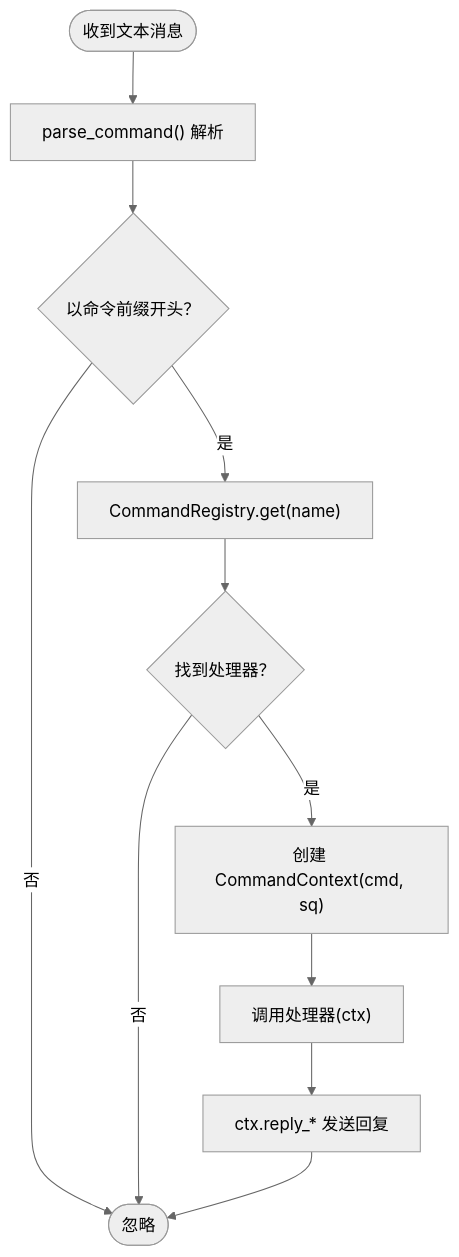
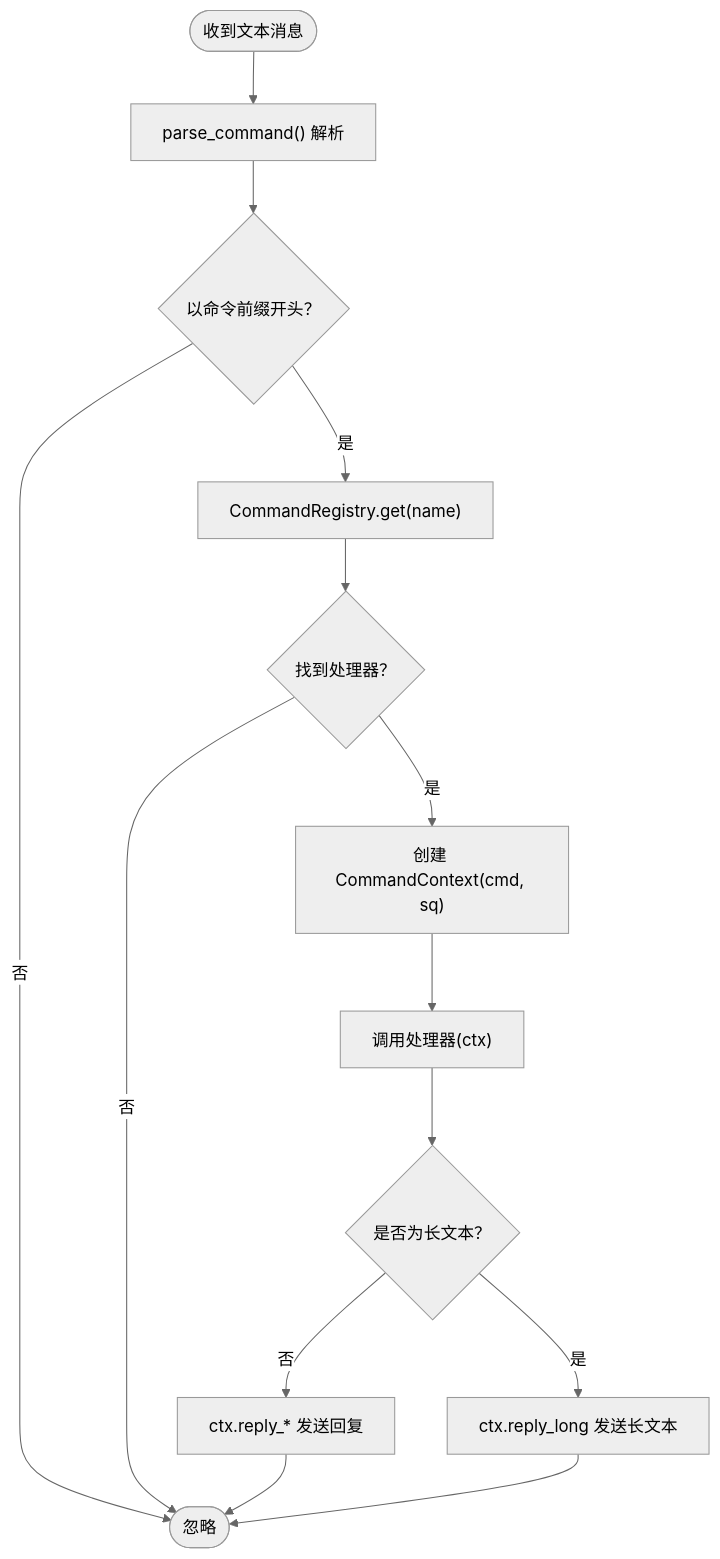
Before and after one commit to GhoulOwl/Teamspeak3_Bot: the fifth of 7 diagrams in .qoder/repowiki/zh/content/命令系统/命令上下文管理.md, drawn with Mermaid (neutral theme). The commit also changed other lines of this file and 7 other files, not shown here.

````diff
--- a/.qoder/repowiki/zh/content/命令系统/命令上下文管理.md
+++ b/.qoder/repowiki/zh/content/命令系统/命令上下文管理.md
@@ -192,13 +255,16 @@
 ```mermaid
 flowchart TD
 Start(["收到文本消息"]) --> Parse["parse_command() 解析"]
 Parse --> HasPrefix{"以命令前缀开头？"}
 HasPrefix --> |否| End(["忽略"])
 HasPrefix --> |是| Lookup["CommandRegistry.get(name)"]
 Lookup --> Found{"找到处理器？"}
 Found --> |否| End
 Found --> |是| CreateCtx["创建 CommandContext(cmd, sq)"]
 CreateCtx --> Exec["调用处理器(ctx)"]
-Exec --> Reply["ctx.reply_* 发送回复"]
-Reply --> End
+Exec --> Reply{"是否为长文本？"}
+Reply --> |否| SimpleReply["ctx.reply_* 发送回复"]
+Reply --> |是| LongReply["ctx.reply_long 发送长文本"]
+SimpleReply --> End
+LongReply --> End
 ```
````
